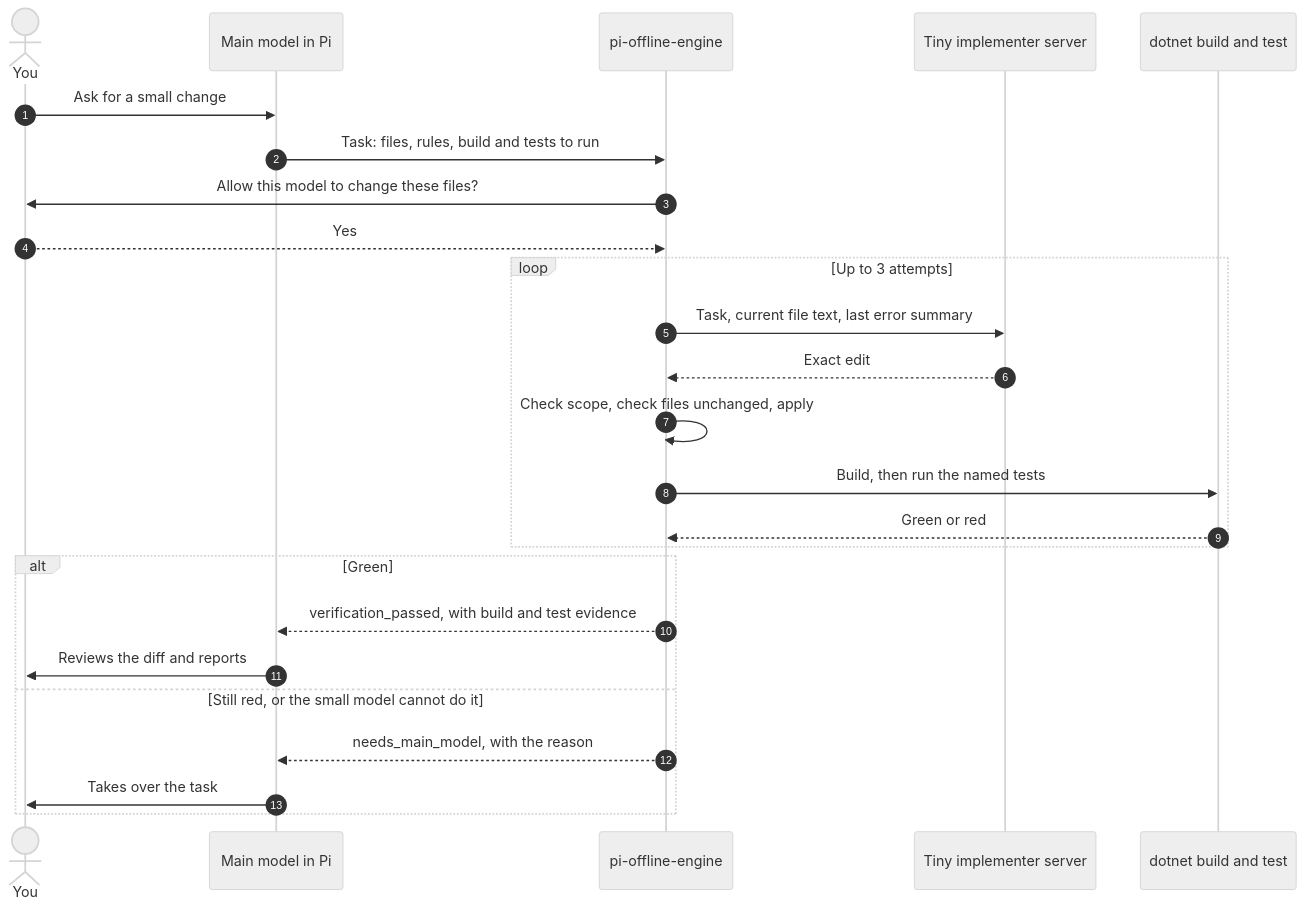
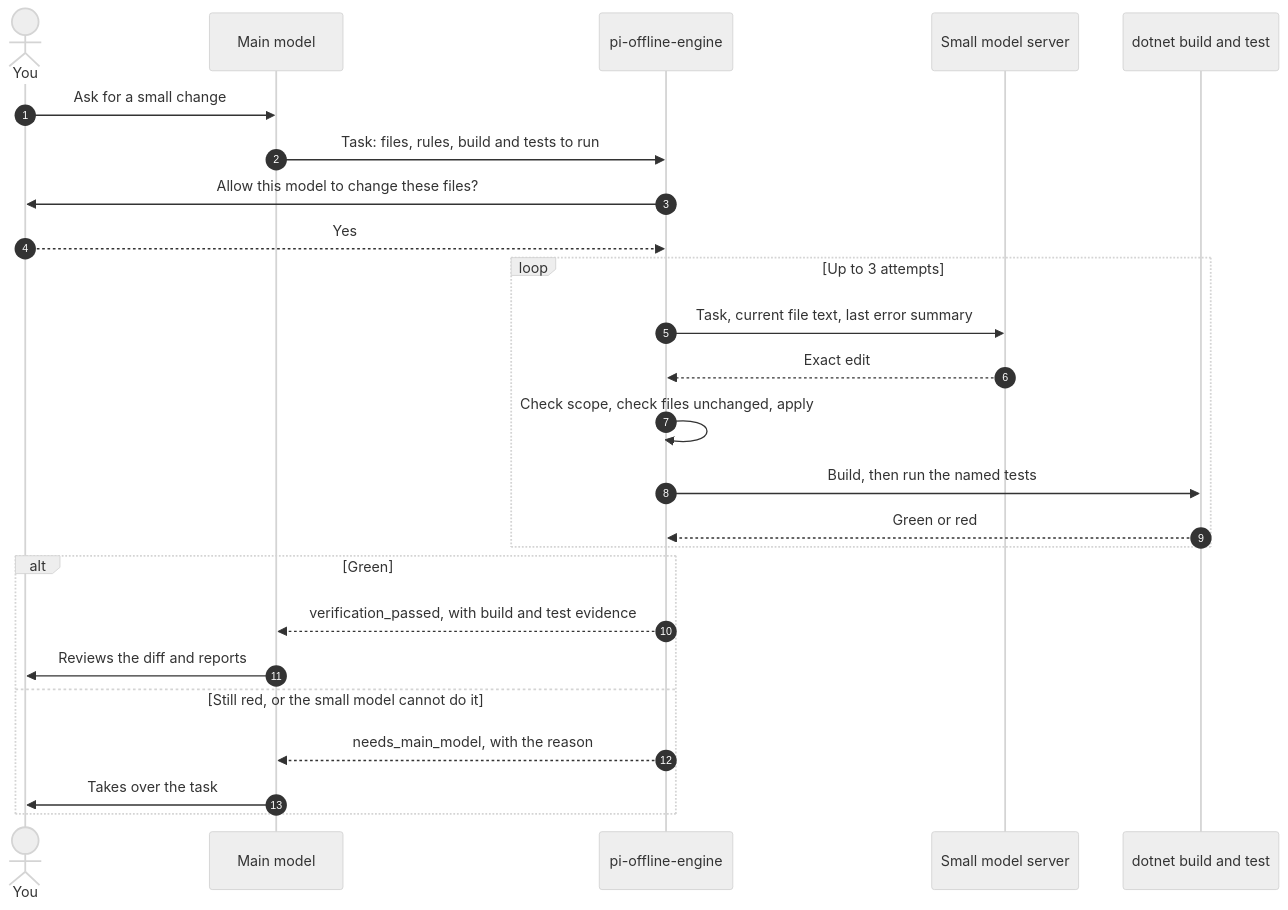
One commit to AndrewMoryakov/pi-offline-engine changed the first of 3 diagrams in README.md. Above: the diagram before and after it, drawn with Mermaid (neutral theme). The commit also changed other lines of this file and 1 other file, not shown here.

````diff
--- a/README.md
+++ b/README.md
@@ -56,28 +59,28 @@
 ```mermaid
 sequenceDiagram
     autonumber
     actor You
-    participant Main as Main model in Pi
+    participant Main as Main model
     participant Engine as pi-offline-engine
-    participant Tiny as Tiny implementer server
+    participant Tiny as Small model server
     participant Dotnet as dotnet build and test
 
     You->>Main: Ask for a small change
     Main->>Engine: Task: files, rules, build and tests to run
     Engine->>You: Allow this model to change these files?
     You-->>Engine: Yes
     loop Up to 3 attempts
         Engine->>Tiny: Task, current file text, last error summary
         Tiny-->>Engine: Exact edit
         Engine->>Engine: Check scope, check files unchanged, apply
         Engine->>Dotnet: Build, then run the named tests
         Dotnet-->>Engine: Green or red
     end
     alt Green
         Engine-->>Main: verification_passed, with build and test evidence
         Main->>You: Reviews the diff and reports
     else Still red, or the small model cannot do it
         Engine-->>Main: needs_main_model, with the reason
         Main->>You: Takes over the task
     end
 ```
````
